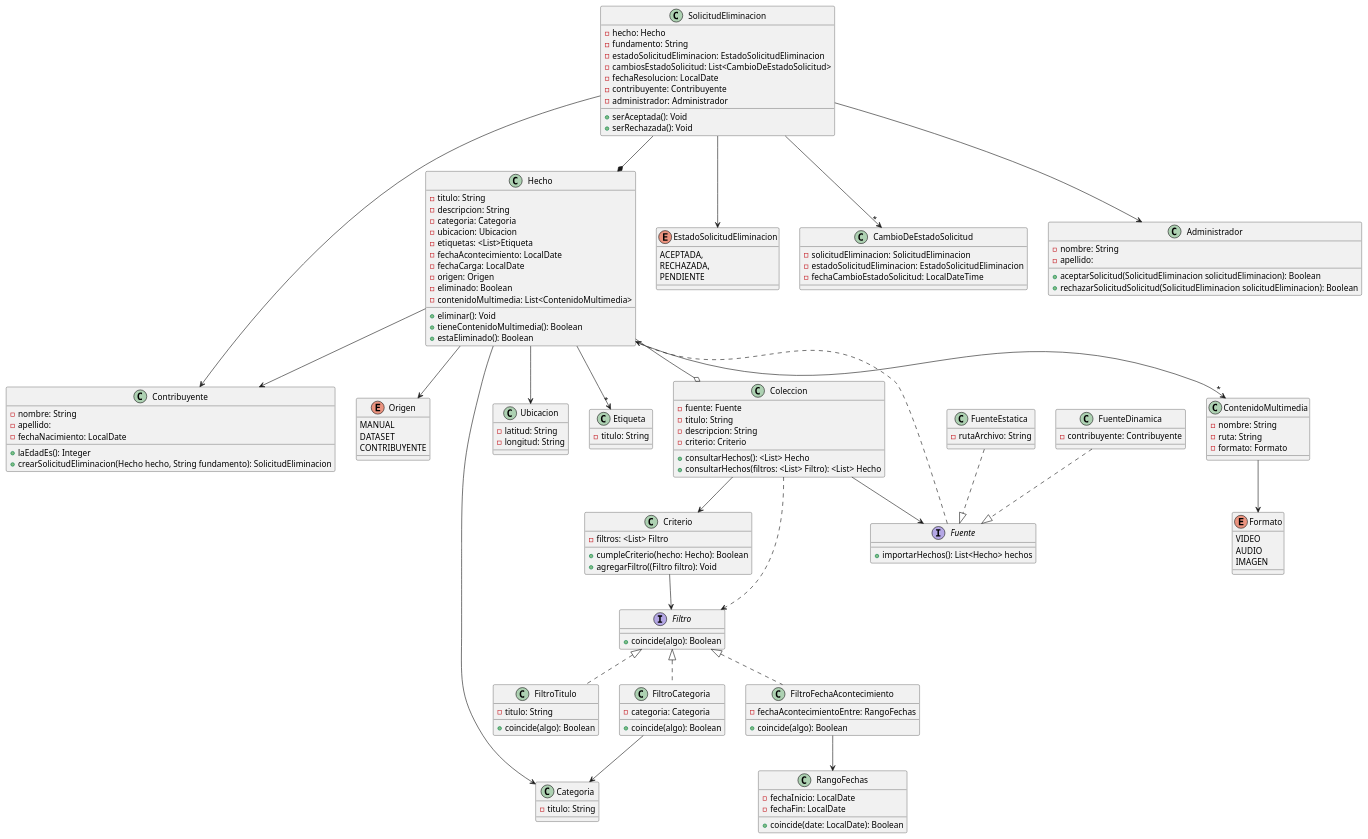
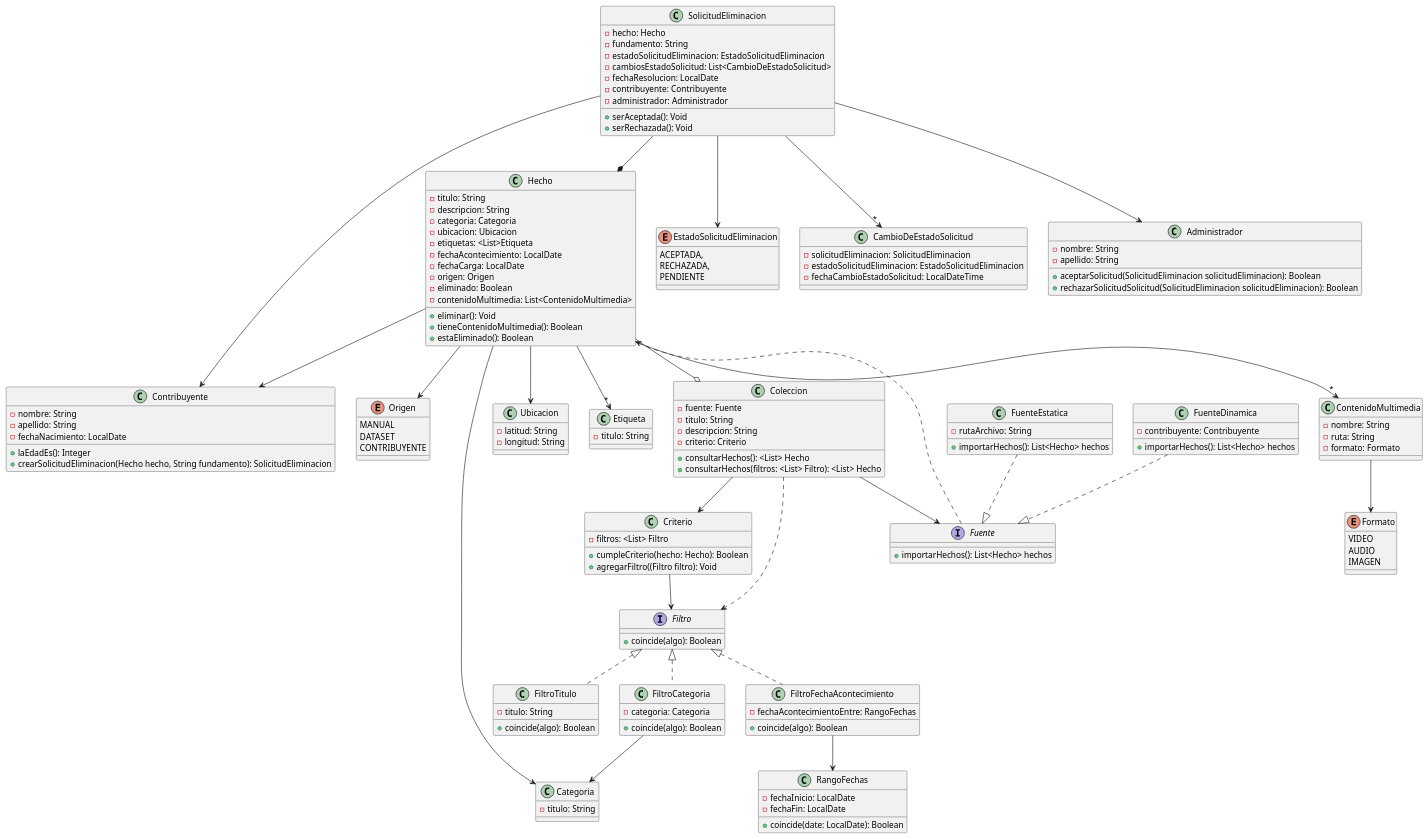
Before and after one commit to BrunoRodriguezzz/tp-dsi: the diagram in DiagramaDeClases-1°Entrega.puml, drawn with PlantUML.

Commit message:
Correccion de diagrama de clases

```diff
--- a/DiagramaDeClases-1°Entrega.puml
+++ b/DiagramaDeClases-1°Entrega.puml
@@ -1,184 +1,186 @@
     @startuml
 'Hecho
 Hecho --> Contribuyente
 Hecho --> Origen
 Hecho --> Categoria
 Hecho --> Ubicacion
 Hecho -->"*" Etiqueta
 Hecho --o Coleccion
 Hecho -->"*" ContenidoMultimedia
 
 'Solicitudes de Eliminacion
 SolicitudEliminacion --* Hecho
 SolicitudEliminacion --> EstadoSolicitudEliminacion
 SolicitudEliminacion -->"*" CambioDeEstadoSolicitud
 SolicitudEliminacion --> Contribuyente
 SolicitudEliminacion --> Administrador
 
 'Colecciones
 Coleccion --> Criterio
 Coleccion ..> Filtro
 
 'Fuente
 Coleccion --> Fuente
 Fuente ..> Hecho
 FuenteEstatica ..|> Fuente
 FuenteDinamica ..|> Fuente
 
 'Criterio
 Criterio --> Filtro
 
 'ElementoCriterio
 Filtro <|.. FiltroTitulo
 Filtro <|.. FiltroCategoria
 Filtro <|.. FiltroFechaAcontecimiento
 
 'Estrategias
 FiltroCategoria --> Categoria
 FiltroFechaAcontecimiento --> RangoFechas
 
 'Contenido Multimedia
 ContenidoMultimedia --> Formato
 
 
 class Contribuyente {
     -nombre: String
-    -apellido:
+    -apellido: String
     -fechaNacimiento: LocalDate
     +laEdadEs(): Integer
     +crearSolicitudEliminacion(Hecho hecho, String fundamento): SolicitudEliminacion
 }
 
 class Administrador {
     -nombre: String
-    -apellido:
+    -apellido: String
     +aceptarSolicitud(SolicitudEliminacion solicitudEliminacion): Boolean
     +rechazarSolicitudSolicitud(SolicitudEliminacion solicitudEliminacion): Boolean
 }
 
 enum EstadoSolicitudEliminacion {
     ACEPTADA,
     RECHAZADA,
     PENDIENTE
 }
 
 class CambioDeEstadoSolicitud {
     -solicitudEliminacion: SolicitudEliminacion
     -estadoSolicitudEliminacion: EstadoSolicitudEliminacion
     -fechaCambioEstadoSolicitud: LocalDateTime
 }
 
 class ContenidoMultimedia {
     -nombre: String
     -ruta: String
     -formato: Formato
 }
 
 enum Formato {
     VIDEO
     AUDIO
     IMAGEN
 }
 
 class Hecho {
     -titulo: String
     -descripcion: String
     -categoria: Categoria
     -ubicacion: Ubicacion
     -etiquetas: <List>Etiqueta
     -fechaAcontecimiento: LocalDate
     -fechaCarga: LocalDate
     -origen: Origen
     -eliminado: Boolean
     -contenidoMultimedia: List<ContenidoMultimedia>
     +eliminar(): Void
     +tieneContenidoMultimedia(): Boolean
     +estaEliminado(): Boolean
 }
 
 interface Fuente {
     +importarHechos(): List<Hecho> hechos
 }
 
 class FuenteEstatica {
     -rutaArchivo: String
+    +importarHechos(): List<Hecho> hechos
 }
 
 class FuenteDinamica {
     -contribuyente: Contribuyente
+    +importarHechos(): List<Hecho> hechos
 }
 
 class Etiqueta {
     -titulo: String
 }
 
 enum Origen {
     MANUAL
     DATASET
     CONTRIBUYENTE
 }
 
 class Categoria {
     -titulo: String
 }
 
 class Ubicacion {
     -latitud: String
     -longitud: String
 }
 
 class SolicitudEliminacion {
     -hecho: Hecho
     -fundamento: String
     -estadoSolicitudEliminacion: EstadoSolicitudEliminacion
     -cambiosEstadoSolicitud: List<CambioDeEstadoSolicitud>
     -fechaResolucion: LocalDate
     -contribuyente: Contribuyente
     -administrador: Administrador
     +serAceptada(): Void
     +serRechazada(): Void
 }
 
 class Coleccion {
     -fuente: Fuente
     -titulo: String
     -descripcion: String
     -criterio: Criterio
     'Solo para representar overload
     +consultarHechos(): <List> Hecho
     +consultarHechos(filtros: <List> Filtro): <List> Hecho
 }
 
 class Criterio{
     -filtros: <List> Filtro
 
     +cumpleCriterio(hecho: Hecho): Boolean
     +agregarFiltro((Filtro filtro): Void
 }
 
 class RangoFechas {
     -fechaInicio: LocalDate
     -fechaFin: LocalDate
     +coincide(date: LocalDate): Boolean
 }
 
 interface Filtro{
     +coincide(algo): Boolean
 }
 
 class FiltroTitulo{
     -titulo: String
     +coincide(algo): Boolean
 }
 
 class FiltroFechaAcontecimiento{
     -fechaAcontecimientoEntre: RangoFechas
     +coincide(algo): Boolean
 }
 
 class FiltroCategoria{
     -categoria: Categoria
     +coincide(algo): Boolean
 }
 
 @enduml
```
